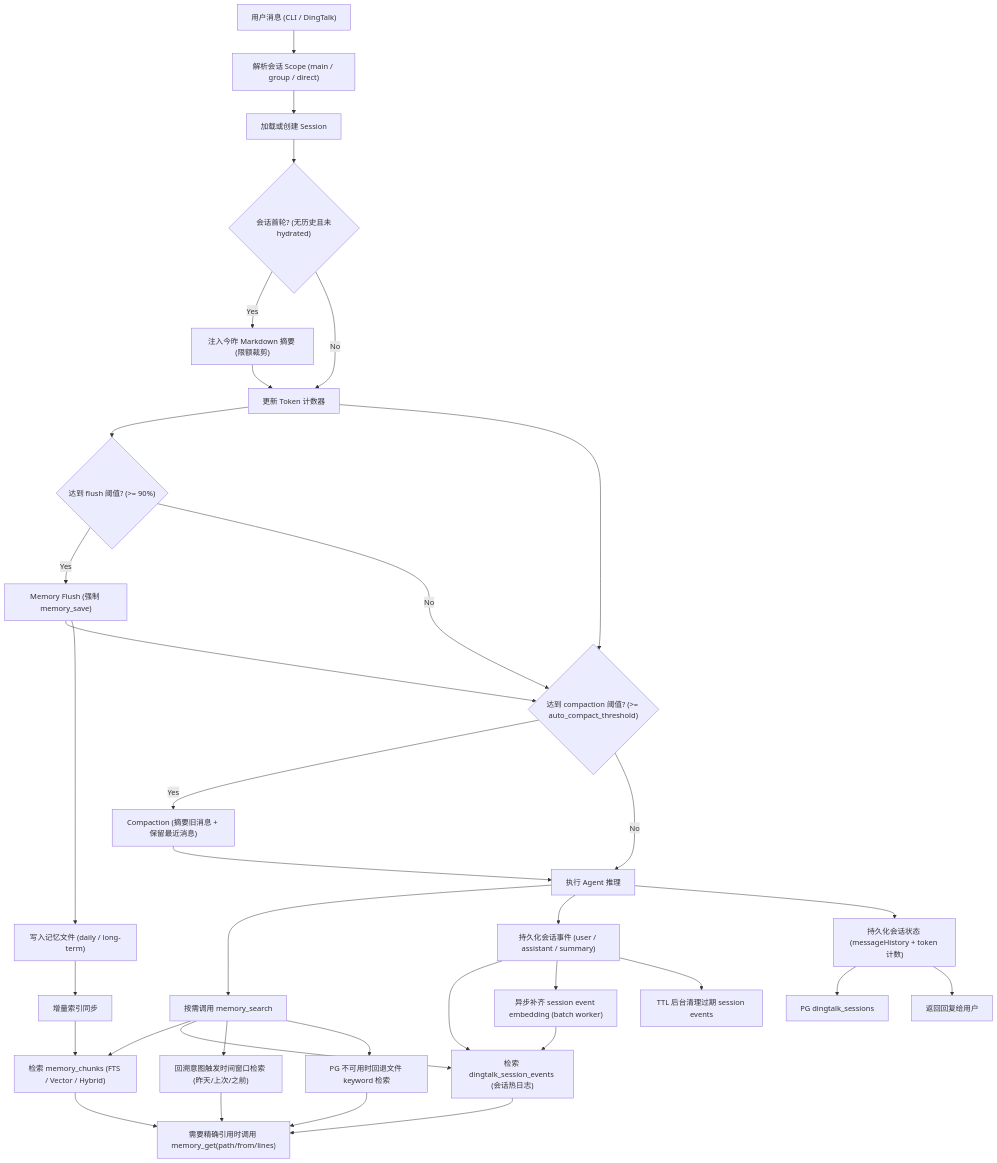
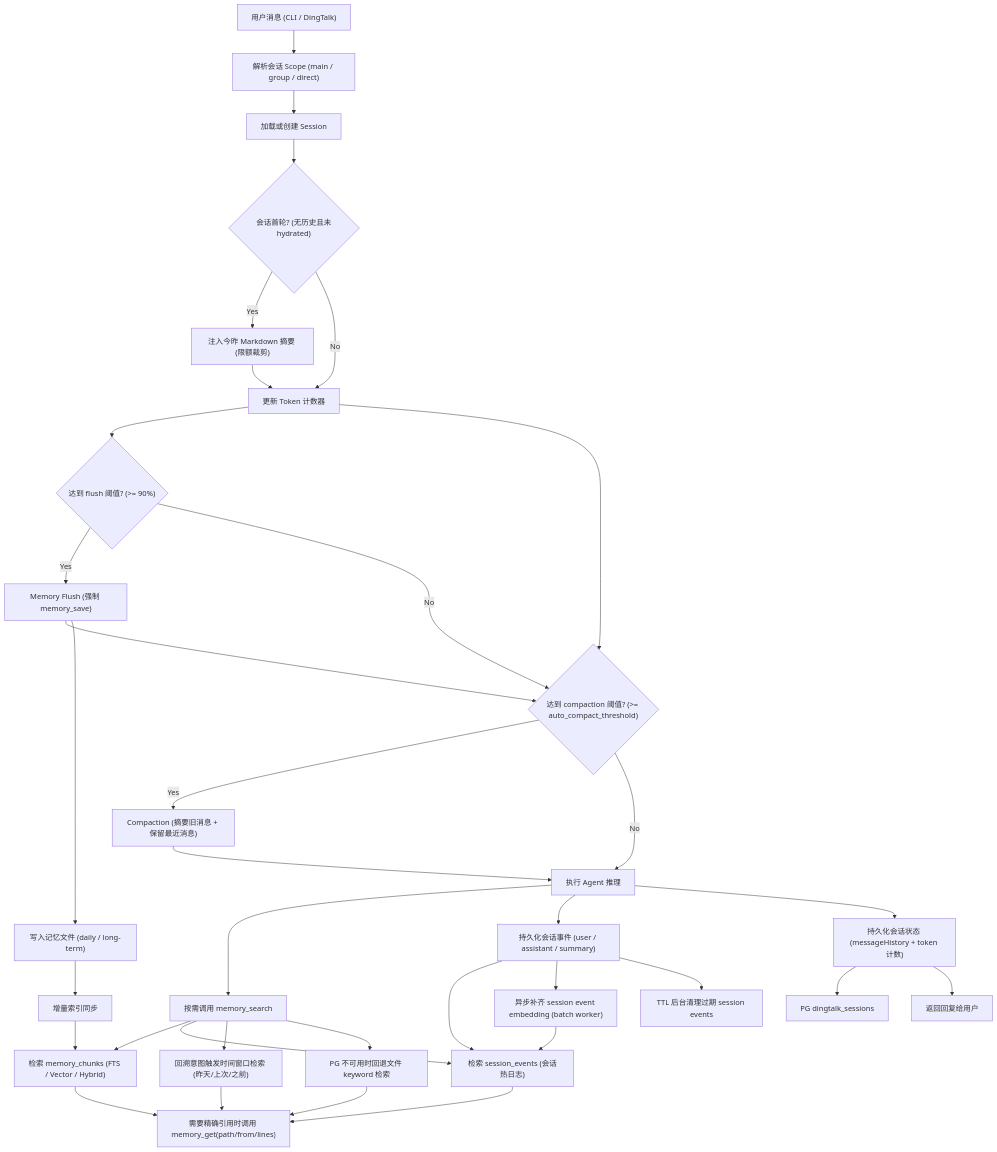
The first of 3 diagrams in docs/architecture-memory-compaction.md (yuki-aigc/pomelobot), drawn with Mermaid before and after one commit. The commit also changed 17 other files, not shown here.

````diff
--- a/docs/architecture-memory-compaction.md
+++ b/docs/architecture-memory-compaction.md
@@ -12,45 +12,45 @@
 ```mermaid
 flowchart TD
     A["用户消息 (CLI / DingTalk)"] --> B["解析会话 Scope (main / group / direct)"]
     B --> C["加载或创建 Session"]
     C --> C1{"会话首轮? (无历史且未hydrated)"}
     C1 -- "Yes" --> C2["注入今昨 Markdown 摘要 (限额裁剪)"]
     C1 -- "No" --> D
     C2 --> D
     D["更新 Token 计数器"]
 
     D --> E{"达到 flush 阈值? (>= 90%)"}
     E -- "Yes" --> F["Memory Flush (强制 memory_save)"]
     E -- "No" --> G
     F --> G{"达到 compaction 阈值? (>= auto_compact_threshold)"}
     D --> G
 
     G -- "Yes" --> H["Compaction (摘要旧消息 + 保留最近消息)"]
     G -- "No" --> I["执行 Agent 推理"]
     H --> I
 
     I --> J["按需调用 memory_search"]
     J --> K["检索 memory_chunks (FTS / Vector / Hybrid)"]
-    J --> L["检索 dingtalk_session_events (会话热日志)"]
+    J --> L["检索 session_events (会话热日志)"]
     J --> T["回溯意图触发时间窗口检索 (昨天/上次/之前)"]
     J --> M["PG 不可用时回退文件 keyword 检索"]
     K --> J2["需要精确引用时调用 memory_get(path/from/lines)"]
     L --> J2
     T --> J2
     M --> J2
 
     I --> N["持久化会话事件 (user / assistant / summary)"]
     N --> L
     N --> N1["异步补齐 session event embedding (batch worker)"]
     N1 --> L
     N --> N2["TTL 后台清理过期 session events"]
 
     I --> O["持久化会话状态 (messageHistory + token 计数)"]
     O --> P["PG dingtalk_sessions"]
 
     F --> Q["写入记忆文件 (daily / long-term)"]
     Q --> R["增量索引同步"]
     R --> K
 
     O --> S["返回回复给用户"]
 ```
````
